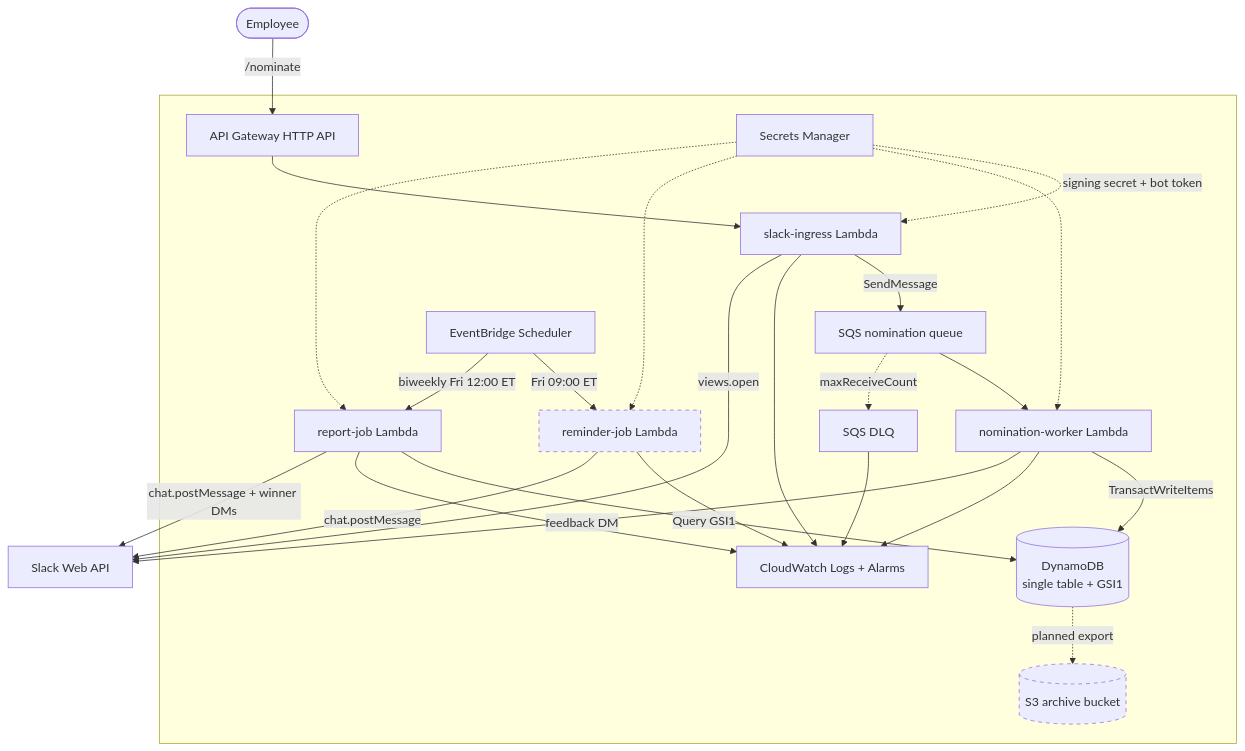
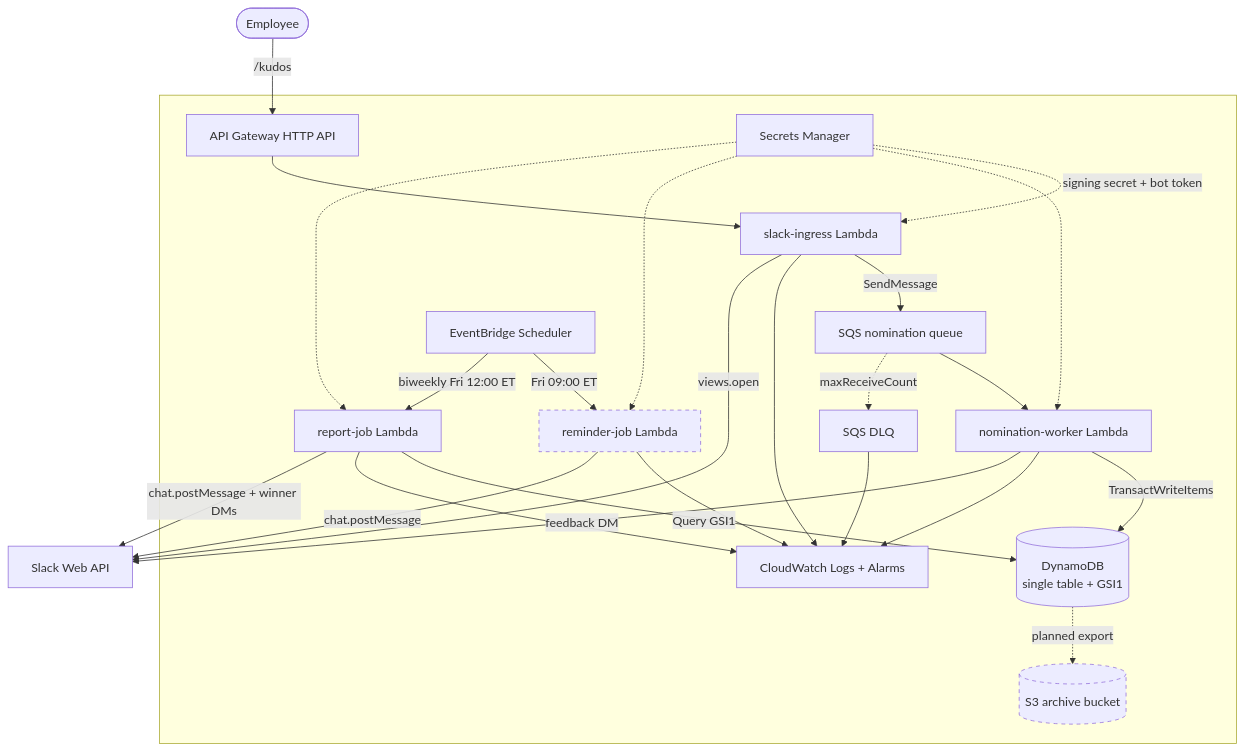
One commit to youngvz/nominate-slackbot changed the diagram in docs/04-system-architecture.md. Above: the diagram before and after it, drawn with Mermaid. The commit also changed 66 other files, not shown here.

````diff
--- a/docs/04-system-architecture.md
+++ b/docs/04-system-architecture.md
@@ -5,39 +5,39 @@
 ```mermaid
 flowchart TD
-    User([Employee]) -->|/nominate| APIGW[API Gateway HTTP API]
+    User([Employee]) -->|/kudos| APIGW[API Gateway HTTP API]
 
     subgraph AWS[" "]
         APIGW --> Ingress[slack-ingress Lambda]
         Ingress -->|SendMessage| Queue[SQS nomination queue]
         Queue --> Worker[nomination-worker Lambda]
         Queue -. maxReceiveCount .-> DLQ[SQS DLQ]
 
         Scheduler[EventBridge Scheduler]
         Scheduler -->|Fri 09:00 ET| Reminder[reminder-job Lambda]
         Scheduler -->|biweekly Fri 12:00 ET| Report[report-job Lambda]
 
         Worker -->|TransactWriteItems| DDB[("DynamoDB<br/>single table + GSI1")]
         Report -->|Query GSI1| DDB
         DDB -. planned export .-> S3[("S3 archive bucket")]
 
         Secrets[Secrets Manager]
         Secrets -. signing secret + bot token .-> Ingress
         Secrets -.-> Worker
         Secrets -.-> Reminder
         Secrets -.-> Report
 
         Ingress --> Logs[CloudWatch Logs + Alarms]
         Worker --> Logs
         Reminder --> Logs
         Report --> Logs
         DLQ --> Logs
     end
 
     Ingress -->|views.open| SlackAPI[Slack Web API]
     Worker -->|feedback DM| SlackAPI
     Reminder -->|chat.postMessage| SlackAPI
     Report -->|chat.postMessage + winner DMs| SlackAPI
 
     classDef planned stroke-dasharray: 5 5,stroke-width:1px
     class Reminder,S3 planned
 ```
````
